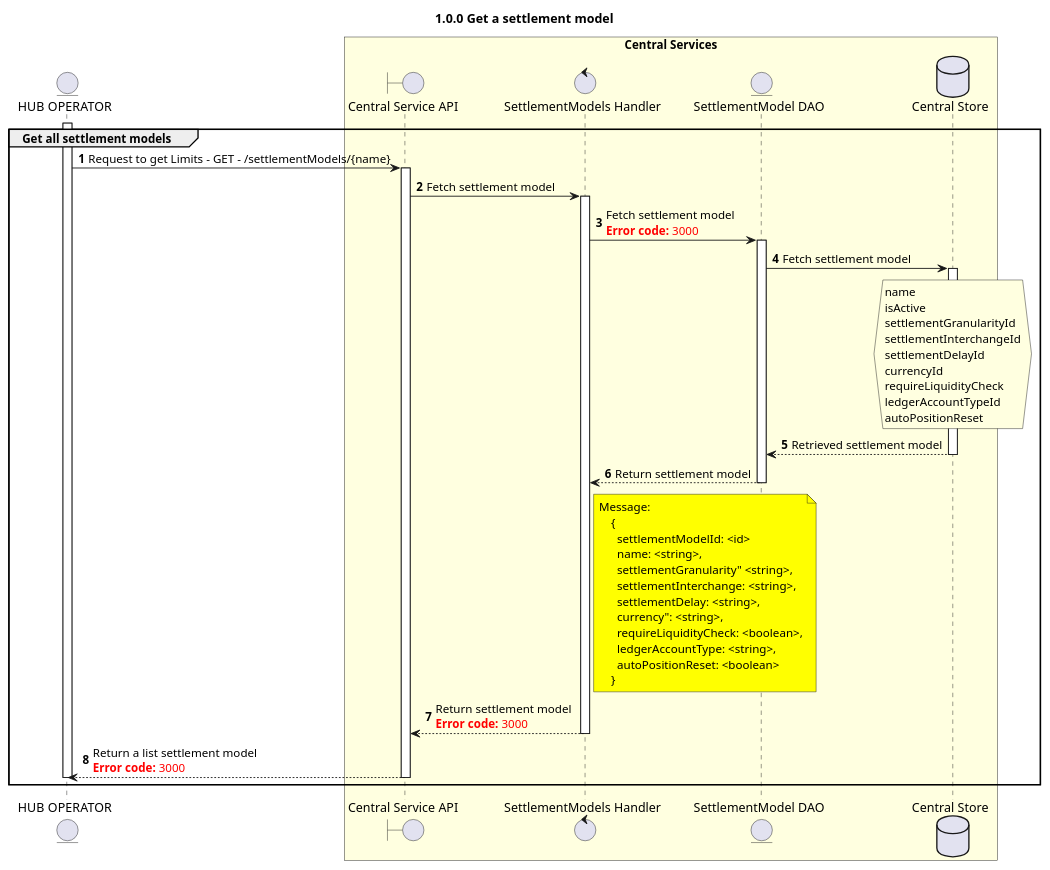
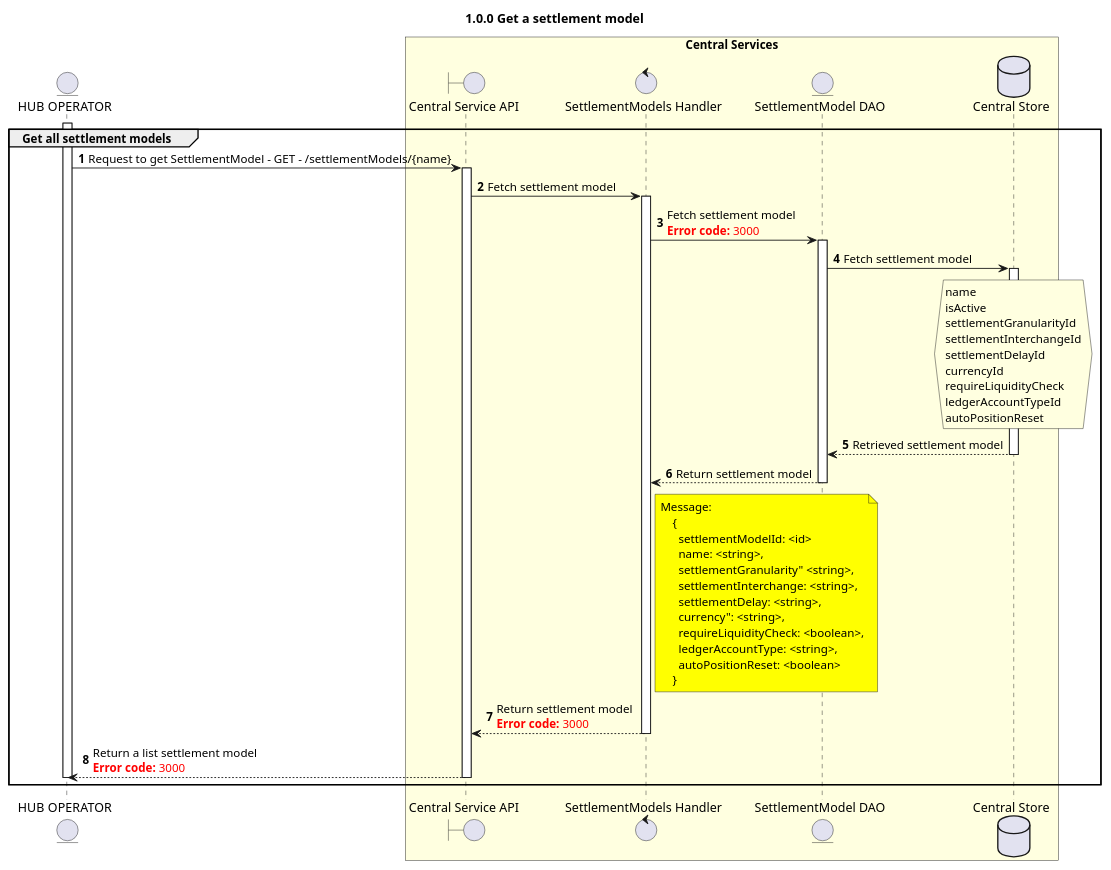
The diagram in mojaloop-technical-overview/central-ledger/assets/diagrams/sequence/seq-get-settlement-model-1.0.0.plantuml (mojaloop/documentation), drawn with PlantUML before and after one commit. The commit also changed 5 other files, not shown here.

First line of the commit message:
Added new pages for Settlement Models

```diff
--- a/mojaloop-technical-overview/central-ledger/assets/diagrams/sequence/seq-get-settlement-model-1.0.0.plantuml
+++ b/mojaloop-technical-overview/central-ledger/assets/diagrams/sequence/seq-get-settlement-model-1.0.0.plantuml
@@ -25,81 +25,81 @@
 @startuml
 ' declate title
 title 1.0.0 Get a settlement model
 
 autonumber
 
 
 ' Actor Keys:
 ' boundary - APIs/Interfaces, etc
 ' collections - Kafka Topics
 ' control - Kafka Consumers
 ' entity - Database Access Objects
 ' database - Database Persistance Store
 
 ' declare actors
 entity "HUB OPERATOR" as OPERATOR
 boundary "Central Service API" as CSAPI
 control "SettlementModels Handler" as SETTLEMENTMODELS_HANDLER
 entity "Central Service API" as CSAPI
 entity "SettlementModel DAO" as SETTLEMENTMODELS_DAO
 database "Central Store" as DB
 
 box "Central Services" #LightYellow
 participant CSAPI
 participant SETTLEMENTMODELS_HANDLER
 participant SETTLEMENTMODELS_DAO
 participant DB
 end box
 
 ' start flow
 
 activate OPERATOR
 group Get all settlement models
-    OPERATOR -> CSAPI: Request to get Limits - GET - /settlementModels/{name}
+    OPERATOR -> CSAPI: Request to get SettlementModel - GET - /settlementModels/{name}
 
     activate CSAPI
     CSAPI -> SETTLEMENTMODELS_HANDLER: Fetch settlement model
     activate SETTLEMENTMODELS_HANDLER
         SETTLEMENTMODELS_HANDLER ->SETTLEMENTMODELS_DAO: Fetch settlement model \n<color #FF0000><b>Error code:</b> 3000</color>
         activate SETTLEMENTMODELS_DAO
         SETTLEMENTMODELS_DAO ->DB: Fetch settlement model
 
         activate DB
         hnote over DB #lightyellow
                 name
                 isActive
                 settlementGranularityId
                 settlementInterchangeId
                 settlementDelayId
                 currencyId
                 requireLiquidityCheck
                 ledgerAccountTypeId
                 autoPositionReset
         end note
         DB --> SETTLEMENTMODELS_DAO: Retrieved settlement model
         deactivate DB
         SETTLEMENTMODELS_DAO -->SETTLEMENTMODELS_HANDLER: Return settlement model
         deactivate SETTLEMENTMODELS_DAO
         note right of SETTLEMENTMODELS_HANDLER #yellow
                 Message:
                     {
                       settlementModelId: <id>
                       name: <string>,
                       settlementGranularity" <string>,
                       settlementInterchange: <string>,
                       settlementDelay: <string>,
                       currency": <string>,
                       requireLiquidityCheck: <boolean>,
                       ledgerAccountType: <string>,
                       autoPositionReset: <boolean>
                     }
         end note
         SETTLEMENTMODELS_HANDLER -->CSAPI: Return settlement model \n<color #FF0000><b>Error code:</b> 3000</color>
         deactivate SETTLEMENTMODELS_HANDLER
         CSAPI -->OPERATOR: Return a list settlement model \n<color #FF0000><b>Error code:</b> 3000</color>
 
     deactivate CSAPI
     deactivate OPERATOR
 end
 
 @enduml
```
